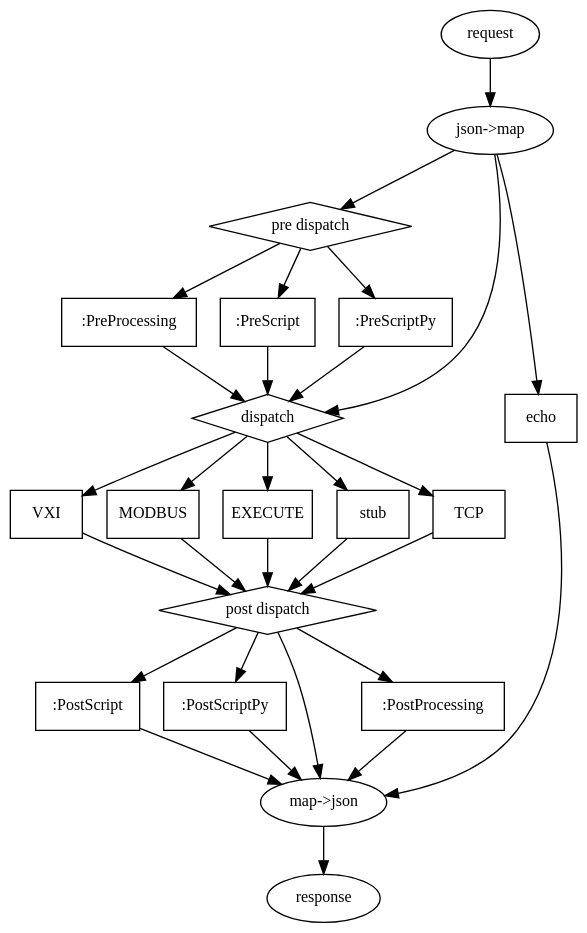
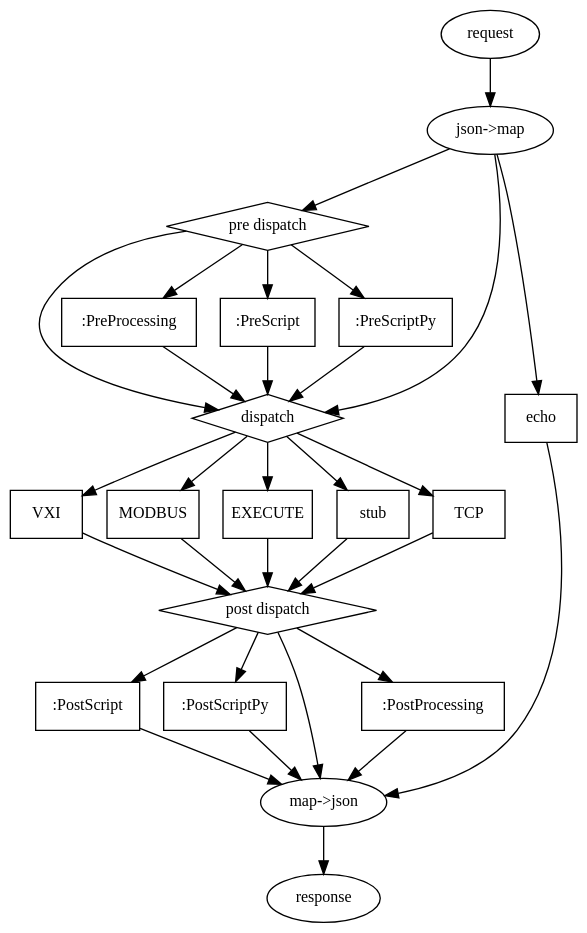
The diagram in docs/req-res.dot (wactbprot/devhub), drawn with Graphviz before and after one commit. The commit also changed 3 other files, not shown here.

```diff
--- a/docs/req-res.dot
+++ b/docs/req-res.dot
@@ -1,76 +1,77 @@
 digraph  regexp {
         
         bgcolor=transparent                                                             
         node[//color=lightgray,
              //fontcolor=white,
              fontname="Ubuntu",
 	     fontsize=12]
         edge[
              fontname="Ubuntu",
              //color=lightgray
              ]
 
         req [label="request", URL="", tooltip="incomming request"];
         res [label="response", URL="", tooltip="outgoing response"];  
         j2m [label="json->map", URL="", tooltip="decode json to clojure map"];
 
         pre [shape=diamond, label="pre dispatch", URL="", tooltip="pre-scripts or pre-processing"];
         pre_js [shape=box, label=":PreProcessing", URL="", tooltip="pre-processing of js code"];
         pre_clj [shape=box, label=":PreScript", URL="", tooltip="clojure functions"]; 
         pre_py  [shape=box, label=":PreScriptPy", URL="", tooltip="pre-scripts with python3"]; 
 
         echo [shape=box, label="echo", URL="", tooltip="echo"];
         
         disp [shape=diamond, label="dispatch", URL="", tooltip="dispatch"];
         stub [shape=box, label="stub", URL="", tooltip="pre defind responses"];
         tcp [shape=box, label="TCP", URL="", tooltip="requests to tcp devices"];
         vxi [shape=box, label="VXI", URL="", tooltip="requests to vxi devices"];
         modbus [shape=box, label="MODBUS", URL="", tooltip="requests to modbus devices"];
         exec [shape=box, label="EXECUTE", URL="", tooltip="execution of commands"];
         
         post [shape=diamond, label="post dispatch", URL="", tooltip="post-scripts or post-processing"];
         post_js [shape=box, label=":PostProcessing", URL="", tooltip="post-processing of js code"];
         post_clj [shape=box, label=":PostScript", URL="", tooltip="clojure functions"]; 
         post_py  [shape=box, label=":PostScriptPy", URL="", tooltip="post-scripts with python3"]; 
 
         m2j [label="map->json", URL="", tooltip="clojure map to decode json"];
         
         req -> j2m
         j2m -> disp
 
         j2m -> echo
         echo -> m2j
         
         j2m -> pre
         pre -> pre_js
         pre -> pre_py
         pre -> pre_clj
         
         pre_js ->disp
         pre_py ->disp
         pre_clj->disp
 
+        pre -> disp
         disp -> stub
 
         disp -> tcp
         disp -> vxi
         disp -> exec
         disp -> modbus
 
         tcp   -> post
         vxi   -> post
         exec  -> post
         modbus-> post        
         stub -> post
 
         post -> m2j
         post -> post_js
         post -> post_py
         post -> post_clj
 
         post_js -> m2j
         post_py -> m2j
         post_clj-> m2j
                
         m2j -> res
 }
```
